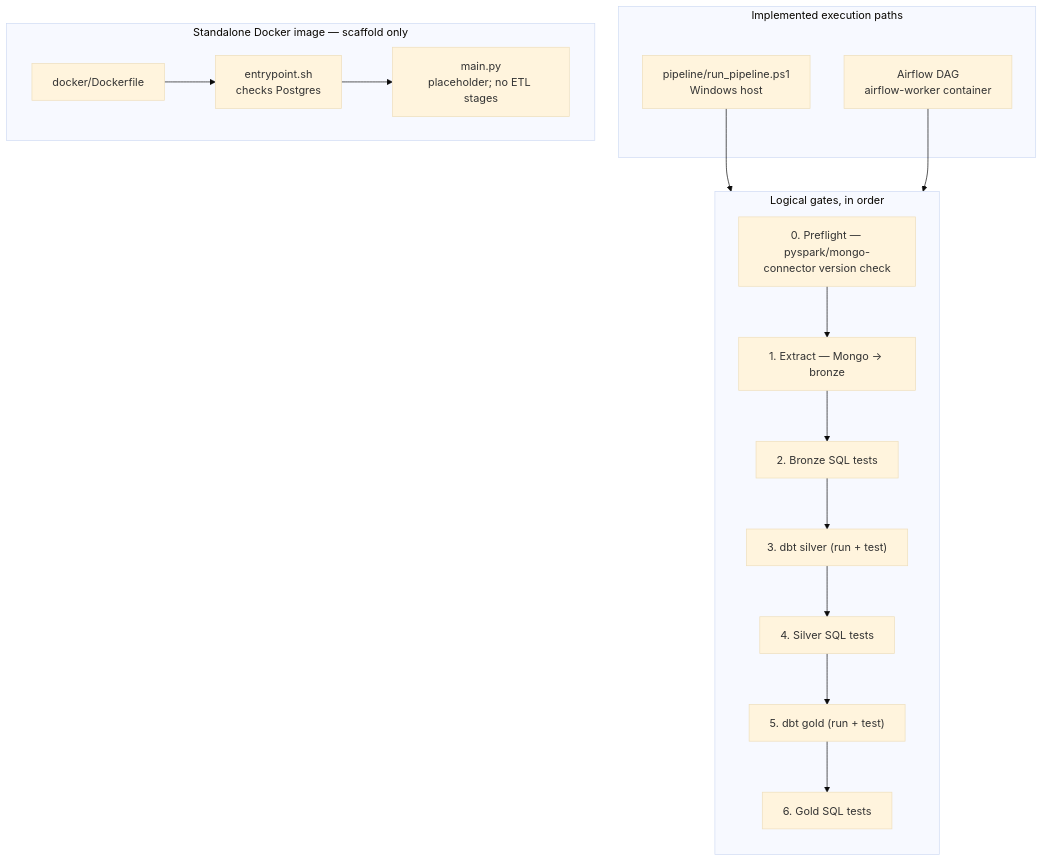
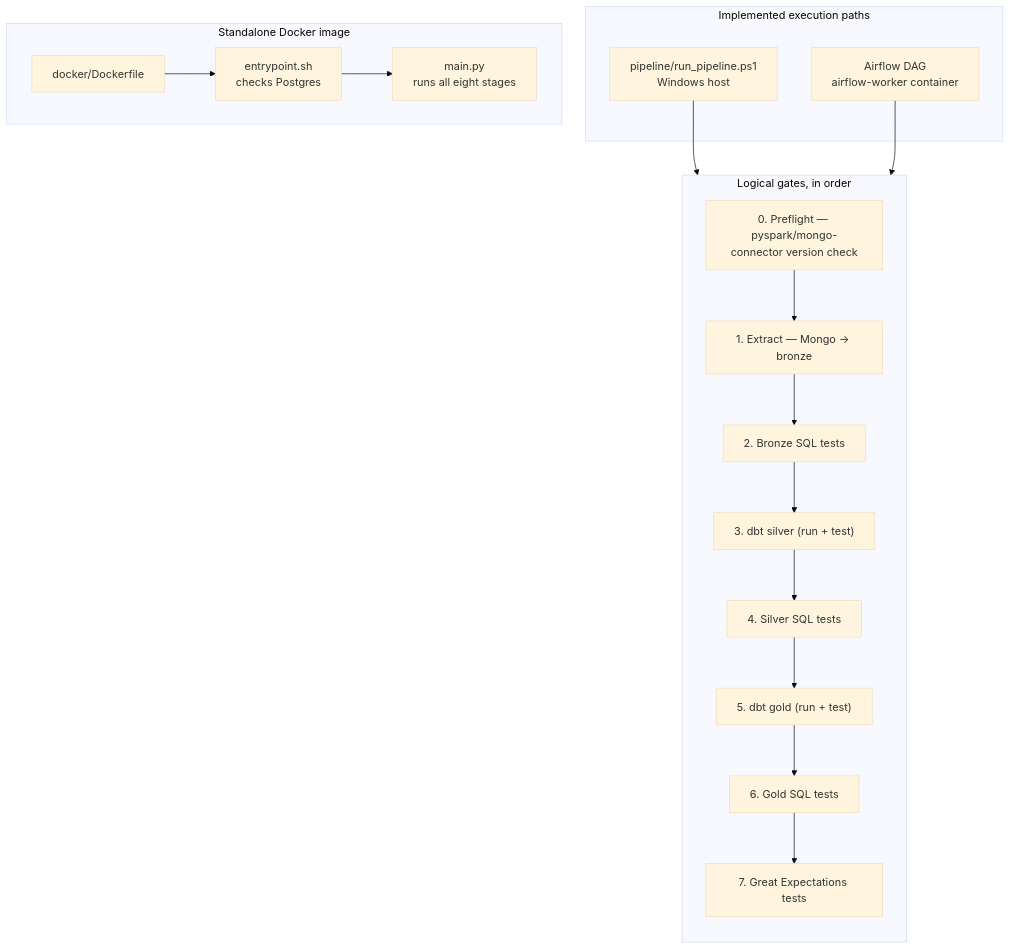
The second of 10 diagrams in docs/ARCHITECTURE.md (Nitinx12/Walmart_DBT), drawn with Mermaid (base theme) before and after one commit. The commit also changed other lines of this file and 32 other files, not shown here.

````diff
--- a/docs/ARCHITECTURE.md
+++ b/docs/ARCHITECTURE.md
@@ -79,27 +77,28 @@
 ```mermaid
 flowchart TD
     subgraph Implemented["Implemented execution paths"]
         WIN["pipeline/run_pipeline.ps1<br/>Windows host"]
         AF["Airflow DAG<br/>airflow-worker container"]
     end
 
     WIN --> STAGES
     AF --> STAGES
 
     subgraph STAGES["Logical gates, in order"]
         direction TB
         S0["0. Preflight — pyspark/mongo-connector version check"]
         S1["1. Extract — Mongo → bronze"]
         S2["2. Bronze SQL tests"]
         S3["3. dbt silver (run + test)"]
         S4["4. Silver SQL tests"]
         S5["5. dbt gold (run + test)"]
         S6["6. Gold SQL tests"]
-        S0-->S1-->S2-->S3-->S4-->S5-->S6
+        S7["7. Great Expectations tests"]
+        S0-->S1-->S2-->S3-->S4-->S5-->S6-->S7
     end
 
-    subgraph Scaffold["Standalone Docker image — scaffold only"]
+    subgraph Standalone["Standalone Docker image"]
         IMG["docker/Dockerfile"] --> ENTRY["entrypoint.sh<br/>checks Postgres"]
-        ENTRY --> MAIN["main.py<br/>placeholder; no ETL stages"]
+        ENTRY --> MAIN["main.py<br/>runs all eight stages"]
     end
 ```
````
